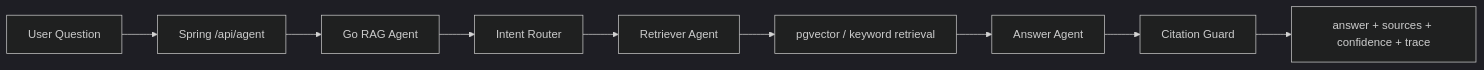
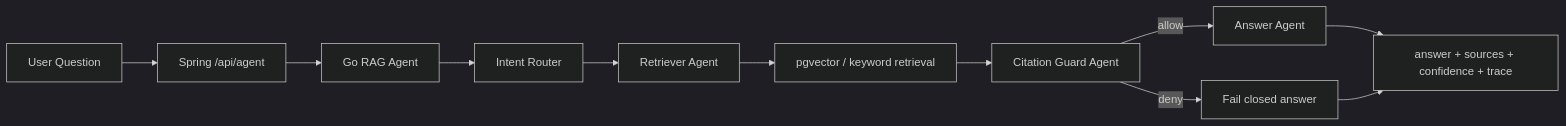
Before and after one commit to zlllll1213/KnowFlow: the diagram in docs/AGENT_DESIGN.md, drawn with Mermaid (dark theme). The commit also changed other lines of this file and 44 other files, not shown here.

````diff
--- a/docs/AGENT_DESIGN.md
+++ b/docs/AGENT_DESIGN.md
@@ -7,11 +7,13 @@
 ```mermaid
 flowchart LR
   U["User Question"] --> S["Spring /api/agent"]
   S --> G["Go RAG Agent"]
   G --> R["Intent Router"]
   R --> Q["Retriever Agent"]
   Q --> P["pgvector / keyword retrieval"]
-  P --> A["Answer Agent"]
-  A --> C["Citation Guard"]
-  C --> O["answer + sources + confidence + trace"]
+  P --> C["Citation Guard Agent"]
+  C -->|"allow"| A["Answer Agent"]
+  C -->|"deny"| F["Fail closed answer"]
+  A --> O["answer + sources + confidence + trace"]
+  F --> O
 ```
````
